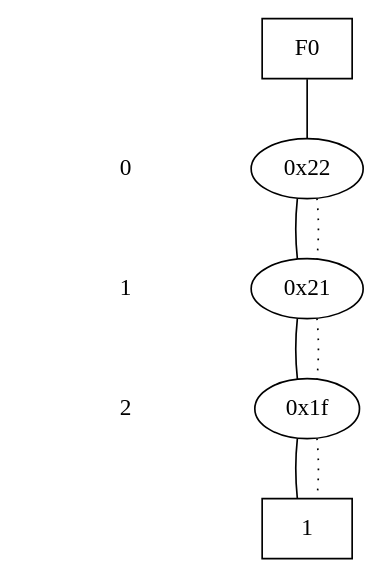
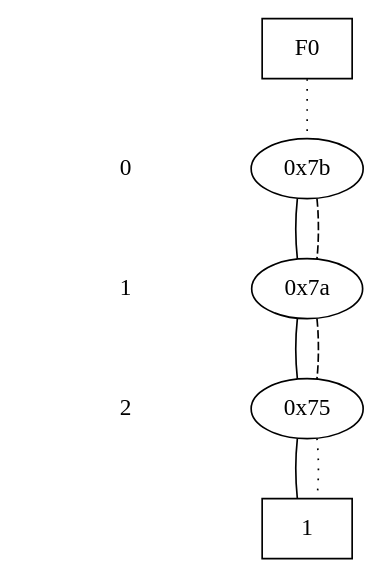
Before and after one commit to steefbrown/ece6740: the diagram in cudd-3.0.0/ash_curt_files/hw5_0.dot, drawn with Graphviz. The commit also changed 45 other files, not shown here.

```diff
--- a/cudd-3.0.0/ash_curt_files/hw5_0.dot
+++ b/cudd-3.0.0/ash_curt_files/hw5_0.dot
@@ -1,33 +1,33 @@
 digraph "DD" {
 size = "7.5,10"
 center = true;
 edge [dir = none];
 { node [shape = plaintext];
   edge [style = invis];
   "CONST NODES" [style = invis];
 " 0 " -> " 1 " -> " 2 " -> "CONST NODES"; 
 }
 { rank = same; node [shape = box]; edge [style = invis];
 "F0"; }
 { rank = same; " 0 ";
-"0x22";
+"0x7b";
 }
 { rank = same; " 1 ";
-"0x21";
+"0x7a";
 }
 { rank = same; " 2 ";
-"0x1f";
+"0x75";
 }
 { rank = same; "CONST NODES";
-{ node [shape = box]; "0x19";
+{ node [shape = box]; "0x6f";
 }
 }
-"F0" -> "0x22" [style = solid];
-"0x22" -> "0x21";
-"0x22" -> "0x21" [style = dotted];
-"0x21" -> "0x1f";
-"0x21" -> "0x1f" [style = dotted];
-"0x1f" -> "0x19";
-"0x1f" -> "0x19" [style = dotted];
-"0x19" [label = "1"];
+"F0" -> "0x7b" [style = dotted];
+"0x7b" -> "0x7a";
+"0x7b" -> "0x7a" [style = dashed];
+"0x7a" -> "0x75";
+"0x7a" -> "0x75" [style = dashed];
+"0x75" -> "0x6f";
+"0x75" -> "0x6f" [style = dotted];
+"0x6f" [label = "1"];
 }
```
